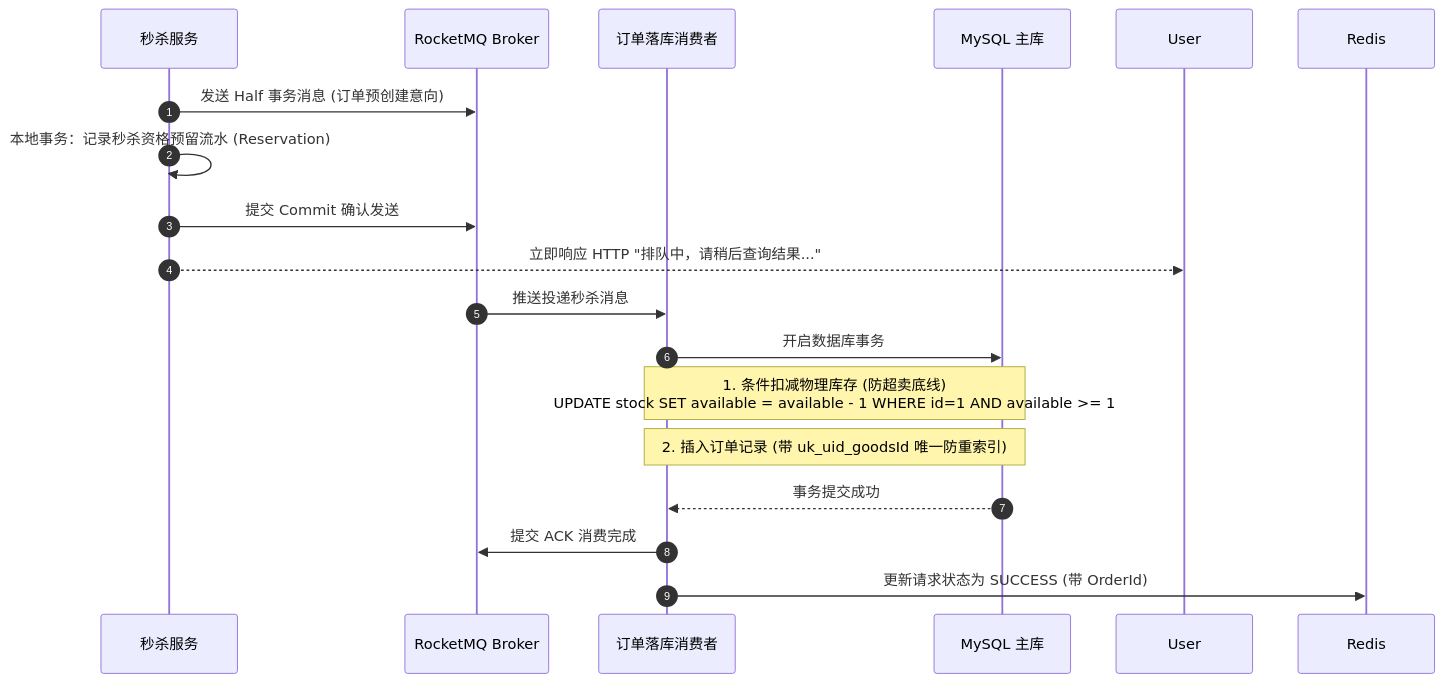
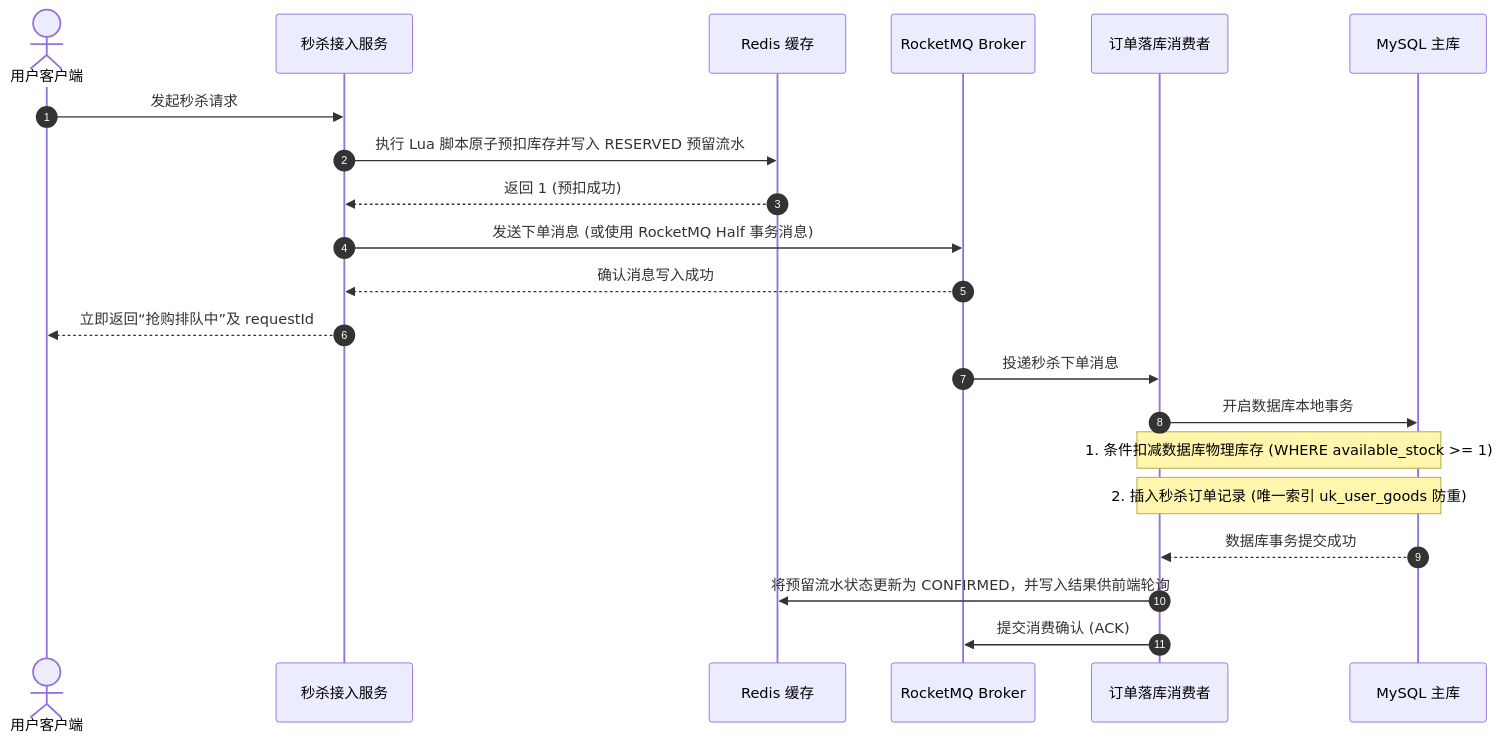
One commit to GuoWWWX/knowledge-base changed the third of 4 diagrams in 20-Java后端/08-系统设计/04-秒杀系统设计.md. Above: the diagram before and after it, drawn with Mermaid. The commit also changed other lines of this file and 251 other files, not shown here.

````diff
--- a/20-Java后端/08-系统设计/04-秒杀系统设计.md
+++ b/20-Java后端/08-系统设计/04-秒杀系统设计.md
@@ -134,21 +152,25 @@
 ```mermaid
 sequenceDiagram
     autonumber
-    participant App as 秒杀服务
+    actor User as 用户客户端
+    participant App as 秒杀接入服务
+    participant Redis as Redis 缓存
     participant MQ as RocketMQ Broker
     participant Consumer as 订单落库消费者
     participant DB as MySQL 主库
 
-    App->>MQ: 发送 Half 事务消息 (订单预创建意向)
-    App->>App: 本地事务：记录秒杀资格预留流水 (Reservation)
-    App->>MQ: 提交 Commit 确认发送
-    App-->>User: 立即响应 HTTP "排队中，请稍后查询结果..."
+    User->>App: 发起秒杀请求
+    App->>Redis: 执行 Lua 脚本原子预扣库存并写入 RESERVED 预留流水
+    Redis-->>App: 返回 1 (预扣成功)
+    App->>MQ: 发送下单消息 (或使用 RocketMQ Half 事务消息)
+    MQ-->>App: 确认消息写入成功
+    App-->>User: 立即返回“抢购排队中”及 requestId
 
-    MQ->>Consumer: 推送投递秒杀消息
-    Consumer->>DB: 开启数据库事务
-    Note over Consumer,DB: 1. 条件扣减物理库存 (防超卖底线)<br/>UPDATE stock SET available = available - 1 WHERE id=1 AND available >= 1;
-    Note over Consumer,DB: 2. 插入订单记录 (带 uk_uid_goodsId 唯一防重索引)
-    DB-->>Consumer: 事务提交成功
-    Consumer->>MQ: 提交 ACK 消费完成
-    Consumer->>Redis: 更新请求状态为 SUCCESS (带 OrderId)
+    MQ->>Consumer: 投递秒杀下单消息
+    Consumer->>DB: 开启数据库本地事务
+    Note over Consumer,DB: 1. 条件扣减数据库物理库存 (WHERE available_stock >= 1)
+    Note over Consumer,DB: 2. 插入秒杀订单记录 (唯一索引 uk_user_goods 防重)
+    DB-->>Consumer: 数据库事务提交成功
+    Consumer->>Redis: 将预留流水状态更新为 CONFIRMED，并写入结果供前端轮询
+    Consumer->>MQ: 提交消费确认 (ACK)
 ```
````
